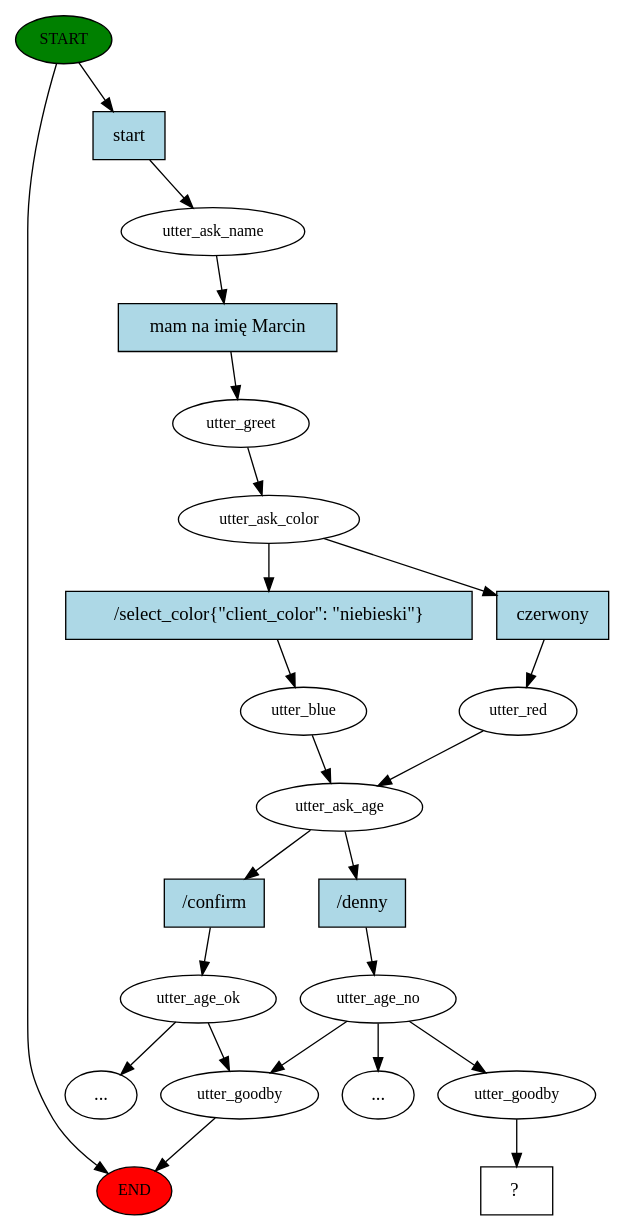
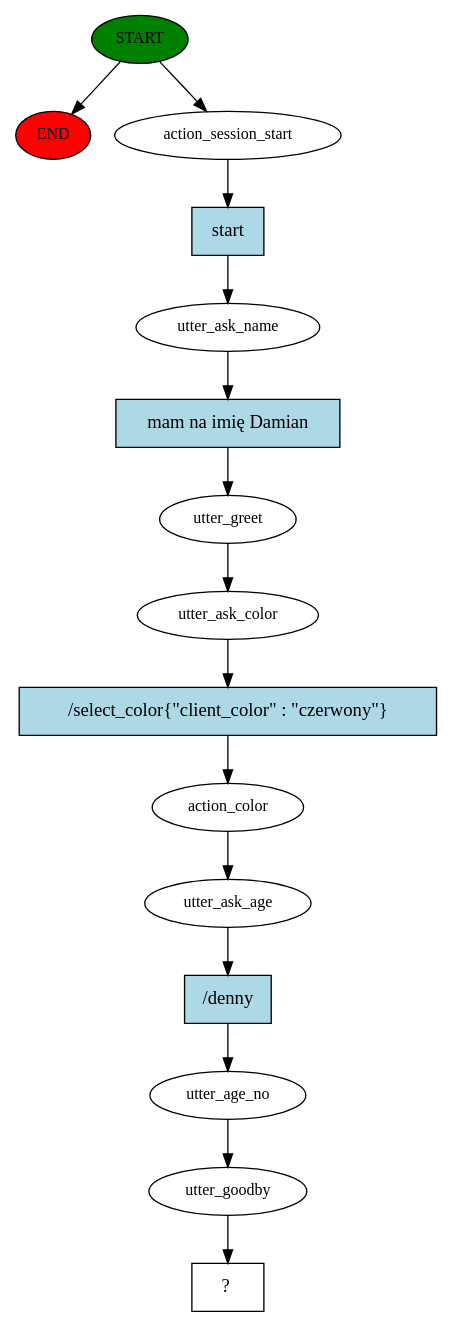
Before and after one commit to lukowskimarcin/rasa_docker: the diagram in story_graph.dot, drawn with Graphviz. The commit also changed 2 other files, not shown here.

```diff
--- a/story_graph.dot
+++ b/story_graph.dot
@@ -1,46 +1,31 @@
 digraph  {
 0 [class="start active", fillcolor=green, fontsize=12, label=START, style=filled];
 "-1" [class=end, fillcolor=red, fontsize=12, label=END, style=filled];
-1 [class=active, fontsize=12, label=utter_ask_name];
-2 [class=active, fontsize=12, label=utter_greet];
-3 [class=active, fontsize=12, label=utter_ask_color];
-4 [class="", fontsize=12, label=utter_blue];
-5 [class=active, fontsize=12, label=utter_ask_age];
-6 [class="", fontsize=12, label=utter_age_ok];
-"-3" [class=ellipsis, label="..."];
-10 [class=active, fontsize=12, label=utter_red];
-13 [class="", fontsize=12, label=utter_goodby];
-19 [class=active, fontsize=12, label=utter_age_no];
-"-4" [class=ellipsis, label="..."];
-33 [class=active, fontsize=12, label=utter_goodby];
-34 [class="intent dashed active", label="  ?  ", shape=rect];
-35 [class="intent active", fillcolor=lightblue, label=start, shape=rect, style=filled];
-36 [class="intent active", fillcolor=lightblue, label="mam na imię Marcin", shape=rect, style=filled];
-37 [class=intent, fillcolor=lightblue, label="/select_color{\"client_color\": \"niebieski\"}", shape=rect, style=filled];
-38 [class="intent active", fillcolor=lightblue, label=czerwony, shape=rect, style=filled];
-39 [class=intent, fillcolor=lightblue, label="/confirm", shape=rect, style=filled];
-40 [class="intent active", fillcolor=lightblue, label="/denny", shape=rect, style=filled];
+1 [class=active, fontsize=12, label=action_session_start];
+2 [class=active, fontsize=12, label=utter_ask_name];
+3 [class=active, fontsize=12, label=utter_greet];
+4 [class=active, fontsize=12, label=utter_ask_color];
+5 [class=active, fontsize=12, label=action_color];
+6 [class=active, fontsize=12, label=utter_ask_age];
+7 [class=active, fontsize=12, label=utter_age_no];
+8 [class=active, fontsize=12, label=utter_goodby];
+9 [class="intent dashed active", label="  ?  ", shape=rect];
+10 [class="intent active", fillcolor=lightblue, label=start, shape=rect, style=filled];
+11 [class="intent active", fillcolor=lightblue, label="mam na imię Damian", shape=rect, style=filled];
+12 [class="intent active", fillcolor=lightblue, label="/select_color{\"client_color\" : \"czerwony\"}", shape=rect, style=filled];
+13 [class="intent active", fillcolor=lightblue, label="/denny", shape=rect, style=filled];
 0 -> "-1"  [class="", key=NONE, label=""];
-0 -> 35  [class=active, key=0];
-1 -> 36  [class=active, key=0];
-2 -> 3  [class=active, key=NONE, label=""];
-3 -> 37  [class="", key=0];
-3 -> 38  [class=active, key=0];
-4 -> 5  [class="", key=NONE, label=""];
-5 -> 39  [class="", key=0];
-5 -> 40  [class=active, key=0];
-6 -> "-3"  [class="", key=NONE, label=""];
-6 -> 13  [class="", key=NONE, label=""];
-10 -> 5  [class=active, key=NONE, label=""];
-13 -> "-1"  [class="", key=NONE, label=""];
-19 -> "-4"  [class="", key=NONE, label=""];
-19 -> 13  [class="", key=NONE, label=""];
-19 -> 33  [class=active, key=NONE, label=""];
-33 -> 34  [class=active, key=NONE, label=""];
-35 -> 1  [class=active, key=0];
-36 -> 2  [class=active, key=0];
-37 -> 4  [class="", key=0];
-38 -> 10  [class=active, key=0];
-39 -> 6  [class="", key=0];
-40 -> 19  [class=active, key=0];
+0 -> 1  [class=active, key=NONE, label=""];
+1 -> 10  [class=active, key=0];
+2 -> 11  [class=active, key=0];
+3 -> 4  [class=active, key=NONE, label=""];
+4 -> 12  [class=active, key=0];
+5 -> 6  [class=active, key=NONE, label=""];
+6 -> 13  [class=active, key=0];
+7 -> 8  [class=active, key=NONE, label=""];
+8 -> 9  [class=active, key=NONE, label=""];
+10 -> 2  [class=active, key=0];
+11 -> 3  [class=active, key=0];
+12 -> 5  [class=active, key=0];
+13 -> 7  [class=active, key=0];
 }
```
